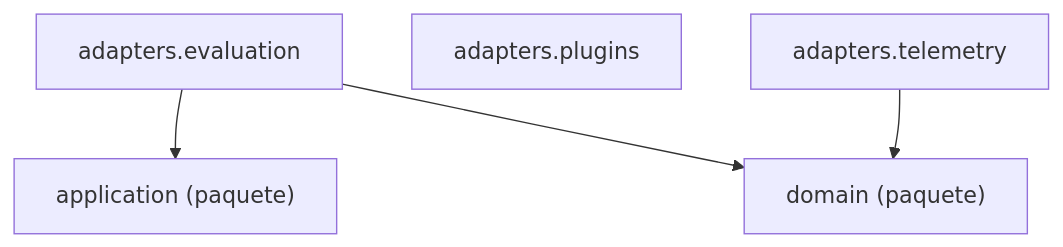
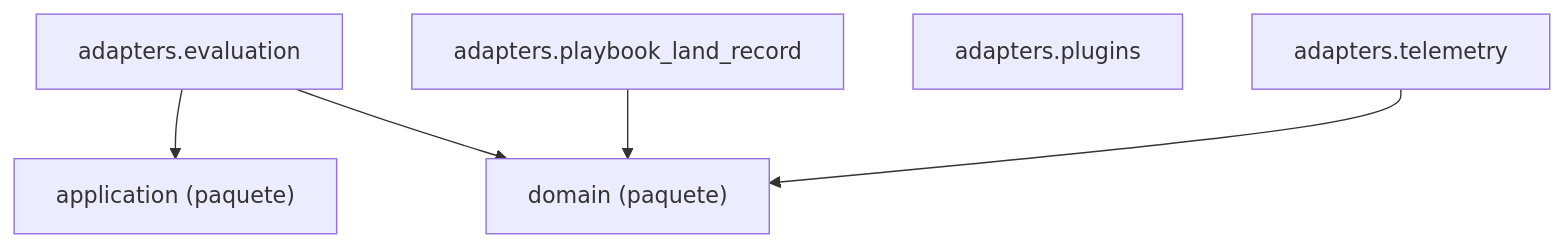
One commit to GonzaloZevallos/agentic-system changed the diagram in docs/architecture/generated/packages-process-adapters.md. Above: the diagram before and after it, drawn with Mermaid. The commit also changed 28 other files, not shown here.

First line of the commit message:
Add the pure playbook landing verdict, LandAttempt and its on-disk record

````diff
--- a/docs/architecture/generated/packages-process-adapters.md
+++ b/docs/architecture/generated/packages-process-adapters.md
@@ -14,11 +14,13 @@
 ```mermaid
 graph TD
     g_pkg__application["application (paquete)"]
     g_pkg__domain["domain (paquete)"]
     m_adapters__evaluation["adapters.evaluation"]
+    m_adapters__playbook_land_record["adapters.playbook_land_record"]
     m_adapters__plugins["adapters.plugins"]
     m_adapters__telemetry["adapters.telemetry"]
     m_adapters__evaluation --> g_pkg__application
     m_adapters__evaluation --> g_pkg__domain
+    m_adapters__playbook_land_record --> g_pkg__domain
     m_adapters__telemetry --> g_pkg__domain
 ```
````
